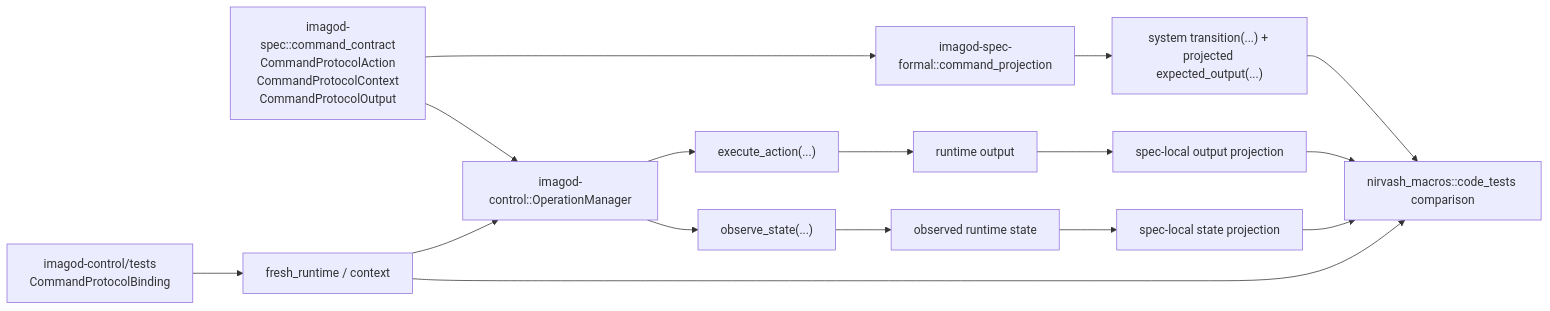
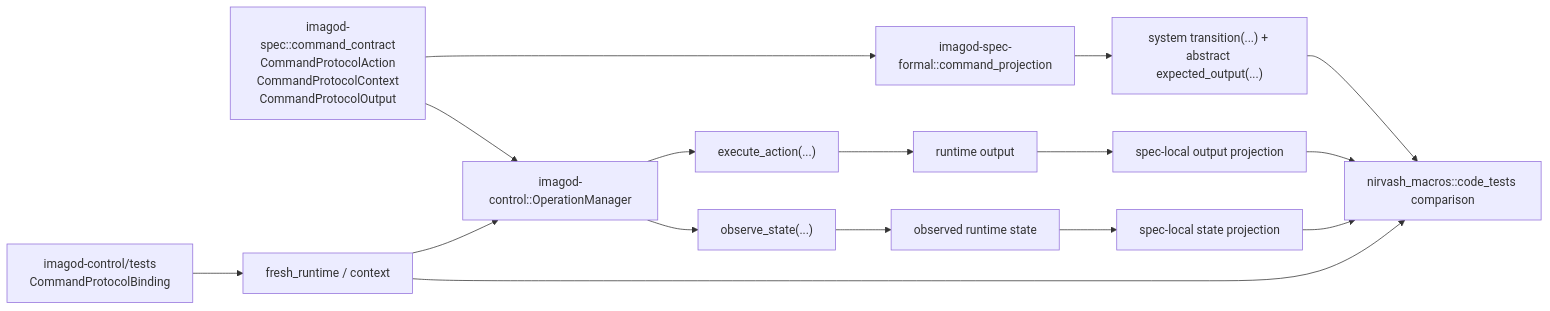
The fifth of 5 diagrams in docs/nirvash-and-imagod-control.md (yieldspace/imago), drawn with Mermaid before and after one commit. The commit also changed other lines of this file and 40 other files, not shown here.

````diff
--- a/docs/nirvash-and-imagod-control.md
+++ b/docs/nirvash-and-imagod-control.md
@@ -157,18 +157,18 @@
 ```mermaid
 flowchart LR
     A["imagod-spec::command_contract<br/>CommandProtocolAction<br/>CommandProtocolContext<br/>CommandProtocolOutput"] --> B["imagod-spec-formal::command_projection"]
     A --> C["imagod-control::OperationManager"]
-    B --> D["system transition(...) + projected expected_output(...)"]
+    B --> D["system transition(...) + abstract expected_output(...)"]
     F["imagod-control/tests<br/>CommandProtocolBinding"] --> G["fresh_runtime / context"]
     G --> C
     C --> E["execute_action(...)"]
     C --> H["observe_state(...)"]
     E --> I["runtime output"]
     H --> J["observed runtime state"]
     I --> K["spec-local output projection"]
     J --> L["spec-local state projection"]
     D --> M["nirvash_macros::code_tests comparison"]
     G --> M
     K --> M
     L --> M
 ```
````
